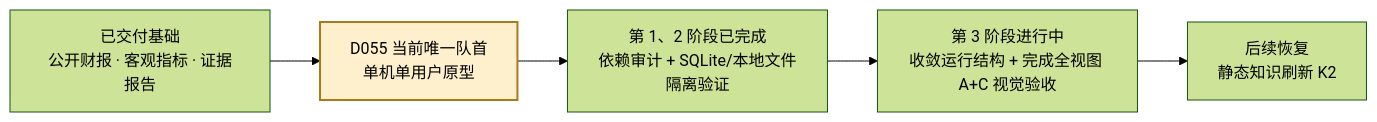
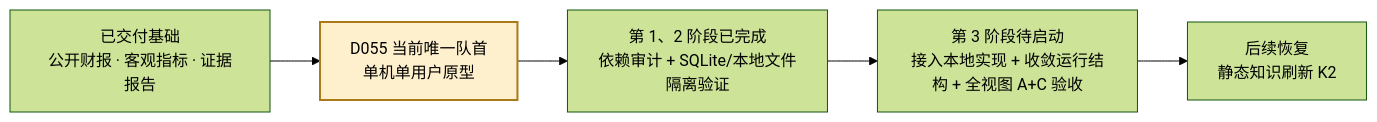
The tenth of 10 diagrams in README.md (davyzhong/FLOW), drawn with Mermaid (forest theme) before and after one commit. The commit also changed other lines of this file and 7 other files, not shown here.

````diff
--- a/README.md
+++ b/README.md
@@ -800,8 +800,8 @@
 ```mermaid
 flowchart LR
     A["已交付基础<br/>公开财报 · 客观指标 · 证据报告"] --> B["D055 当前唯一队首<br/>单机单用户原型"]
     B --> C["第 1、2 阶段已完成<br/>依赖审计 + SQLite/本地文件隔离验证"]
-    C --> D["第 3 阶段进行中<br/>收敛运行结构 + 完成全视图 A+C 视觉验收"]
+    C --> D["第 3 阶段待启动<br/>接入本地实现 + 收敛运行结构 + 全视图 A+C 验收"]
     D --> E["后续恢复<br/>静态知识刷新 K2"]
     style B fill:#fff0cd,stroke:#aa7918,stroke-width:2px
 ```
````
